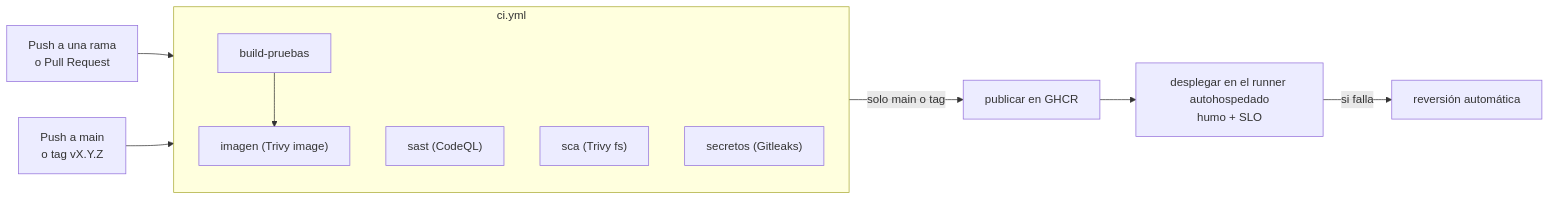
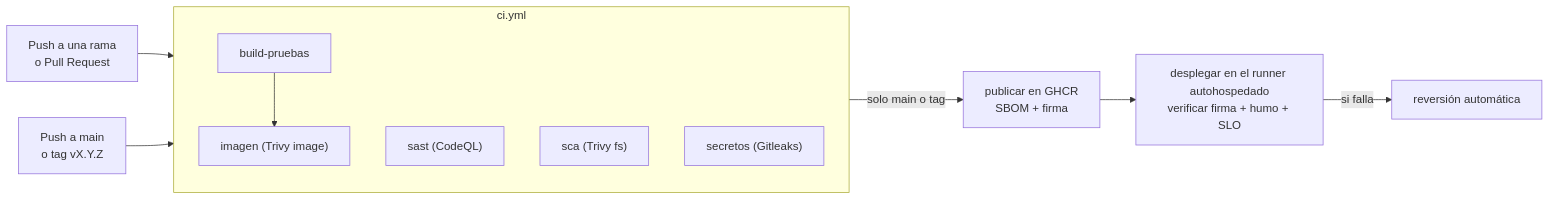
Before and after one commit to Carvaa-7/DYAS-DevSecOps: the diagram in README.md, drawn with Mermaid. The commit also changed other lines of this file and 12 other files, not shown here.

````diff
--- a/README.md
+++ b/README.md
@@ -194,17 +219,17 @@
 ```mermaid
 flowchart LR
     pr["Push a una rama<br/>o Pull Request"] --> ci
     main["Push a main<br/>o tag vX.Y.Z"] --> ci
     subgraph ci["ci.yml"]
         direction TB
         build["build-pruebas"]
         sast["sast (CodeQL)"]
         sca["sca (Trivy fs)"]
         sec["secretos (Gitleaks)"]
         img["imagen (Trivy image)"]
         build --> img
     end
-    ci -->|"solo main o tag"| pub["publicar en GHCR"]
-    pub --> dep["desplegar en el runner autohospedado<br/>humo + SLO"]
+    ci -->|"solo main o tag"| pub["publicar en GHCR<br/>SBOM + firma"]
+    pub --> dep["desplegar en el runner autohospedado<br/>verificar firma + humo + SLO"]
     dep -->|"si falla"| rb["reversión automática"]
 ```
````
